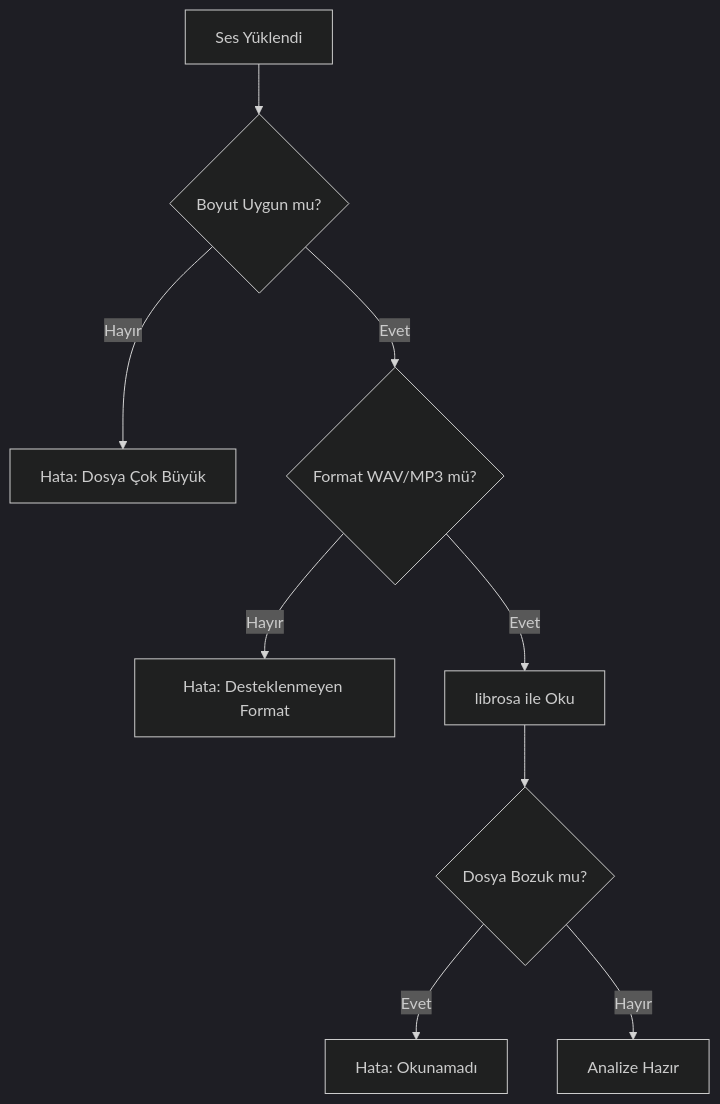
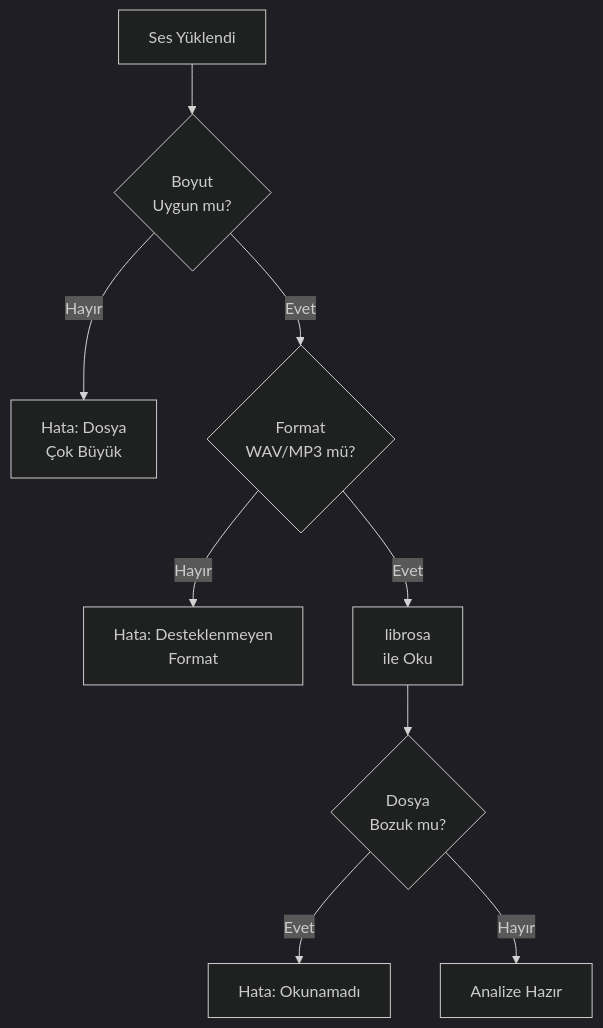
One commit to seherayddn/ses-olaylari-guvenilir-yapay-zeka changed the third of 6 diagrams in docs/1_Hafta_Diyagramlari.md. Above: the diagram before and after it, drawn with Mermaid (dark theme). The commit also changed other lines of this file, not shown here.

Commit message:
Update Turkish terms in diagrams for clarity

````diff
--- a/docs/1_Hafta_Diyagramlari.md
+++ b/docs/1_Hafta_Diyagramlari.md
@@ -58,11 +58,11 @@
 ```mermaid
 graph TD
-    A["Ses Yüklendi"] --> B{"Boyut Uygun mu?"}
-    B -- Hayır --> C["Hata: Dosya Çok Büyük"]
-    B -- Evet --> D{"Format WAV/MP3 mü?"}
-    D -- Hayır --> E["Hata: Desteklenmeyen Format"]
-    D -- Evet --> F["librosa ile Oku"]
-    F --> G{"Dosya Bozuk mu?"}
-    G -- Evet --> H["Hata: Okunamadı"]
-    G -- Hayır --> I["Analize Hazır"]
+    A[ Ses Yüklendi ] --> B{ Boyut <br> Uygun mu? }
+    B -- Hayır --> C[ Hata: Dosya <br> Çok Büyük ]
+    B -- Evet --> D{ Format <br> WAV/MP3 mü? }
+    D -- Hayır --> E[ Hata: Desteklenmeyen <br> Format ]
+    D -- Evet --> F[ librosa <br> ile Oku ]
+    F --> G{ Dosya <br> Bozuk mu? }
+    G -- Evet --> H[ Hata: Okunamadı ]
+    G -- Hayır --> I[ Analize Hazır ]
 ```
````
